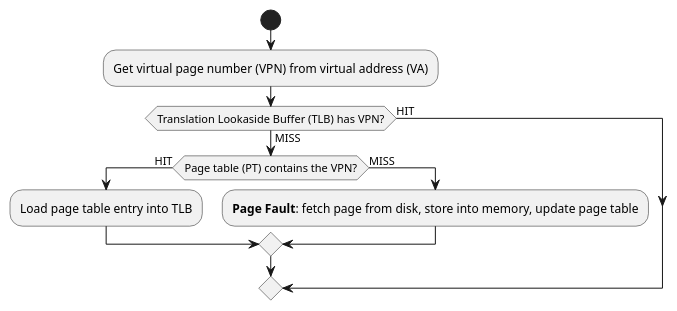
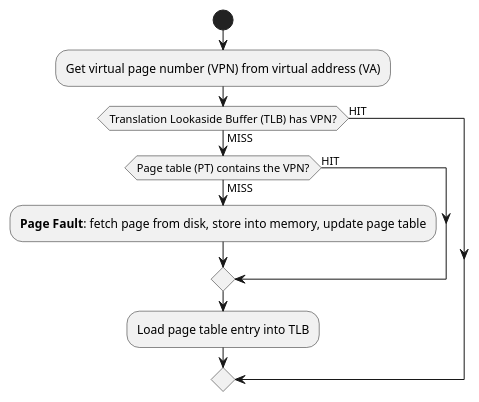
One commit to ashwinreddy/wiki changed the second of 2 diagrams in Computer-Science/Translation lookaside buffer.md. Above: the diagram before and after it, drawn with PlantUML. The commit also changed other lines of this file, not shown here.

```diff
--- a/Computer-Science/Translation lookaside buffer.md
+++ b/Computer-Science/Translation lookaside buffer.md
@@ -24,14 +24,14 @@
 @startuml
 !pragma useVerticalIf on
 
 start
 :Get virtual page number (VPN) from virtual address (VA);
 if (Translation Lookaside Buffer (TLB) has VPN?) then (HIT)
 else (MISS)
     if (Page table (PT) contains the VPN?) then (HIT)
-    :Load page table entry into TLB;
     else (MISS)
     :**Page Fault**: fetch page from disk, store into memory, update page table;
     endif
+    :Load page table entry into TLB;
 endif
 @enduml
```
